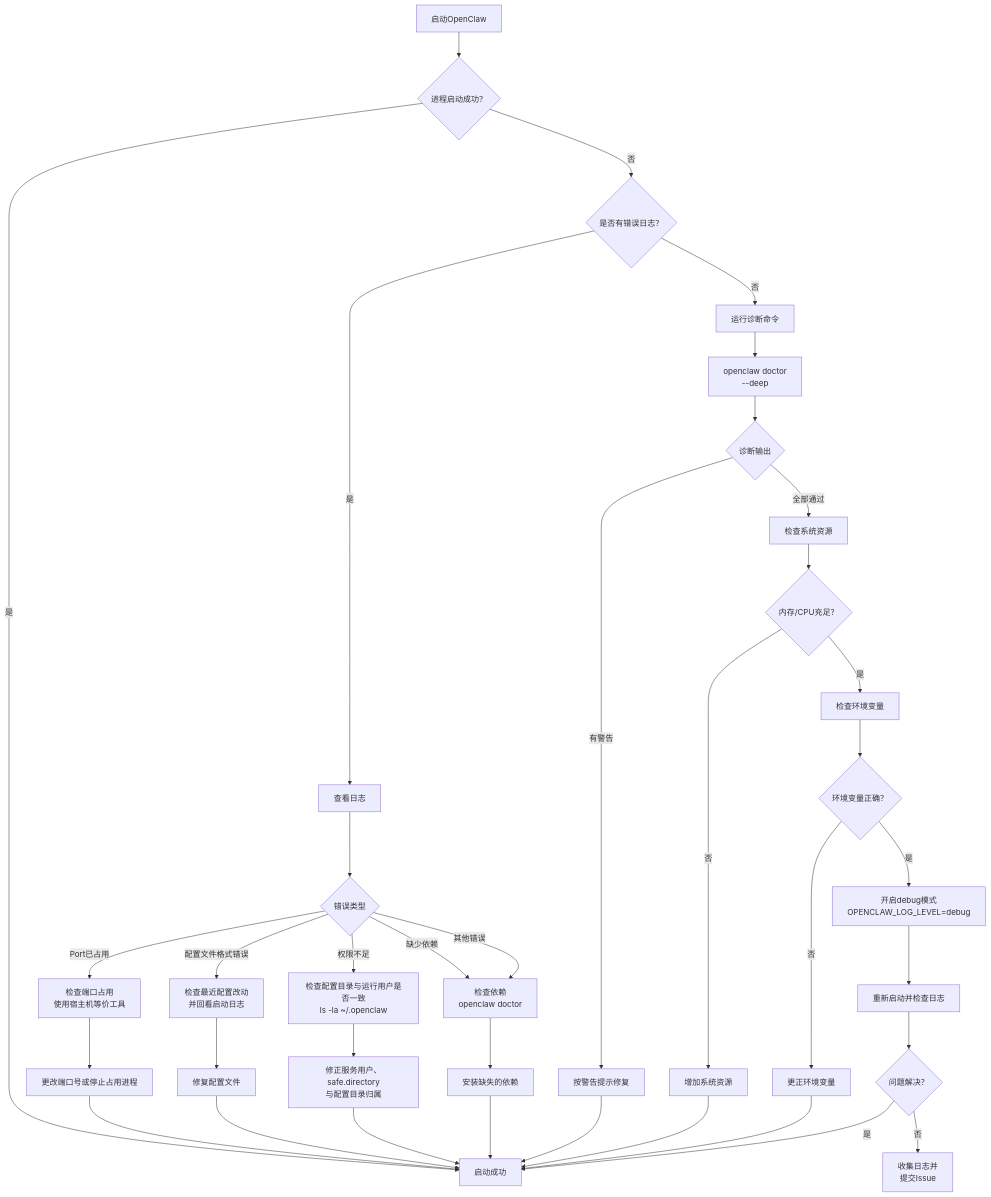
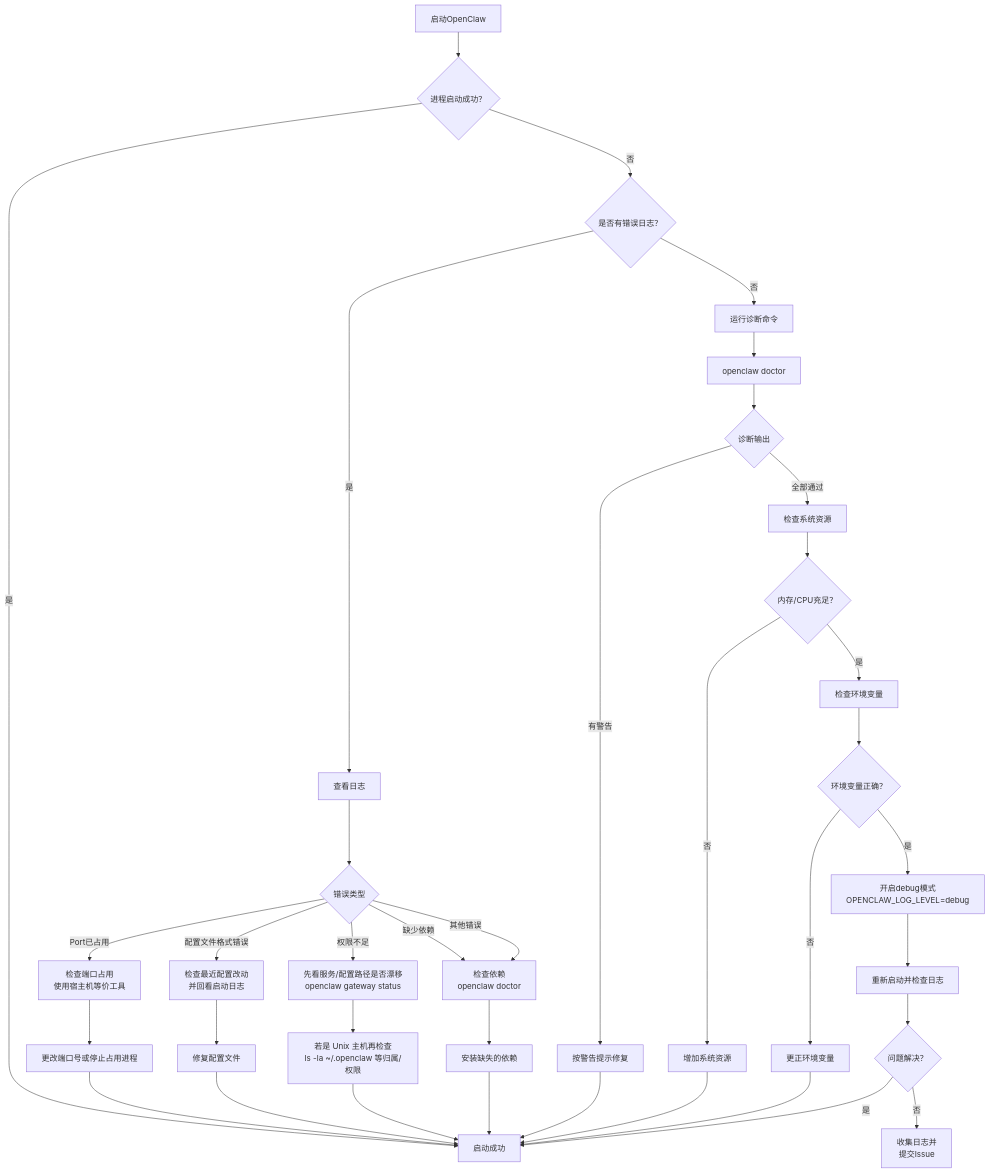
Before and after one commit to yeasy/openclaw_guide: the second of 7 diagrams in 15_troubleshooting_trees/15.1_diagnostic_decision_trees.md, drawn with Mermaid. The commit also changed other lines of this file and 44 other files, not shown here.

````diff
--- a/15_troubleshooting_trees/15.1_diagnostic_decision_trees.md
+++ b/15_troubleshooting_trees/15.1_diagnostic_decision_trees.md
@@ -52,41 +52,41 @@
 ```mermaid
 graph TD
     A["启动OpenClaw"] --> B{"进程启动成功？"}
     B -->|否| C{"是否有错误日志？"}
     C -->|是| D["查看日志"]
     D --> E{"错误类型"}
     E -->|Port已占用| F["检查端口占用<br/>使用宿主机等价工具"]
     F --> G["更改端口号或停止占用进程"]
     E -->|配置文件格式错误| H["检查最近配置改动<br/>并回看启动日志"]
     H --> I["修复配置文件"]
-    E -->|权限不足| J["检查配置目录与运行用户是否一致<br/>ls -la ~/.openclaw"]
-    J --> K["修正服务用户、safe.directory<br/>与配置目录归属"]
+    E -->|权限不足| J["先看服务/配置路径是否漂移<br/>openclaw gateway status"]
+    J --> K["若是 Unix 主机再检查<br/>ls -la ~/.openclaw 等归属/权限"]
     E -->|缺少依赖| L["检查依赖<br/>openclaw doctor"]
     L --> M["安装缺失的依赖"]
     E -->|其他错误| L
 
     C -->|否| N["运行诊断命令"]
-    N --> O["openclaw doctor<br/>--deep"]
+    N --> O["openclaw doctor"]
     O --> P{"诊断输出"}
     P -->|有警告| Q["按警告提示修复"]
     P -->|全部通过| R["检查系统资源"]
     R --> S{"内存/CPU充足？"}
     S -->|否| T["增加系统资源"]
     S -->|是| U["检查环境变量"]
     U --> V{"环境变量正确？"}
     V -->|否| W["更正环境变量"]
     V -->|是| X["开启debug模式<br/>OPENCLAW_LOG_LEVEL=debug"]
     X --> Y["重新启动并检查日志"]
 
     B -->|是| Z["启动成功"]
     G --> Z
     I --> Z
     K --> Z
     M --> Z
     Q --> Z
     T --> Z
     W --> Z
     Y --> AA{"问题解决？"}
     AA -->|是| Z
     AA -->|否| AB["收集日志并<br/>提交Issue"]
 ```
````
